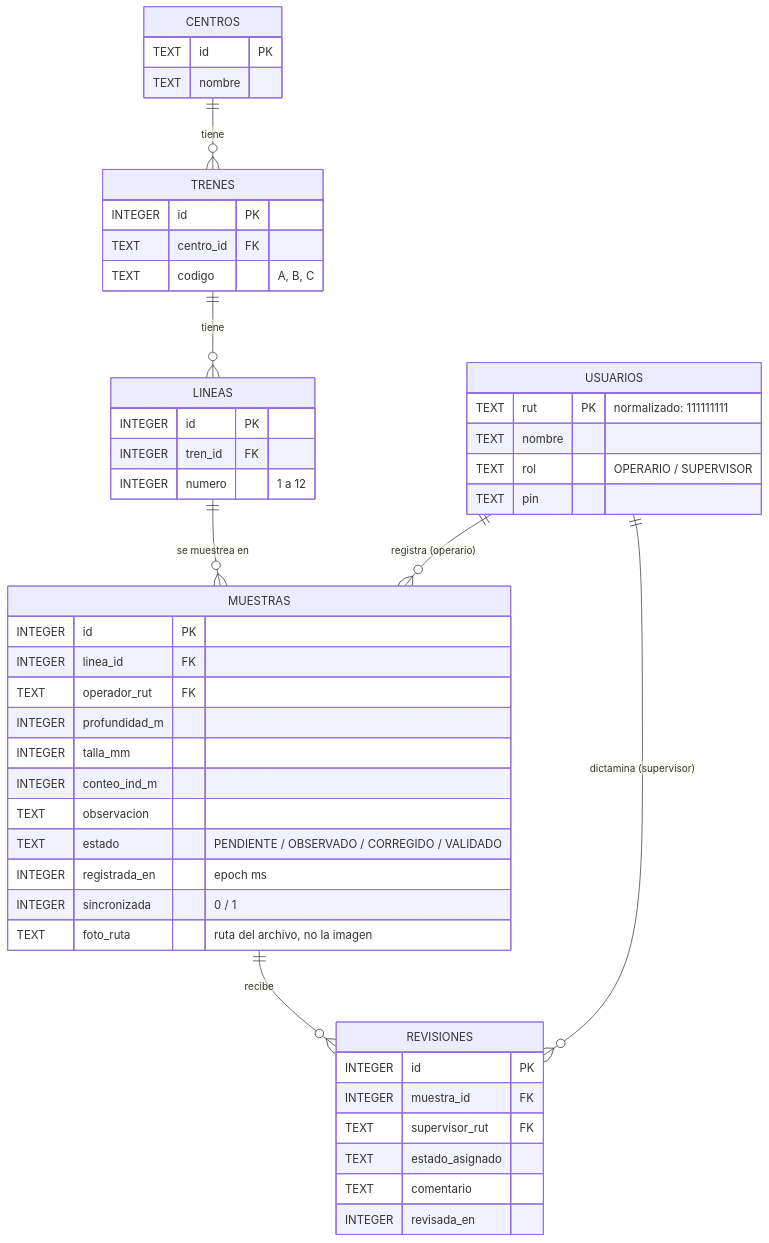
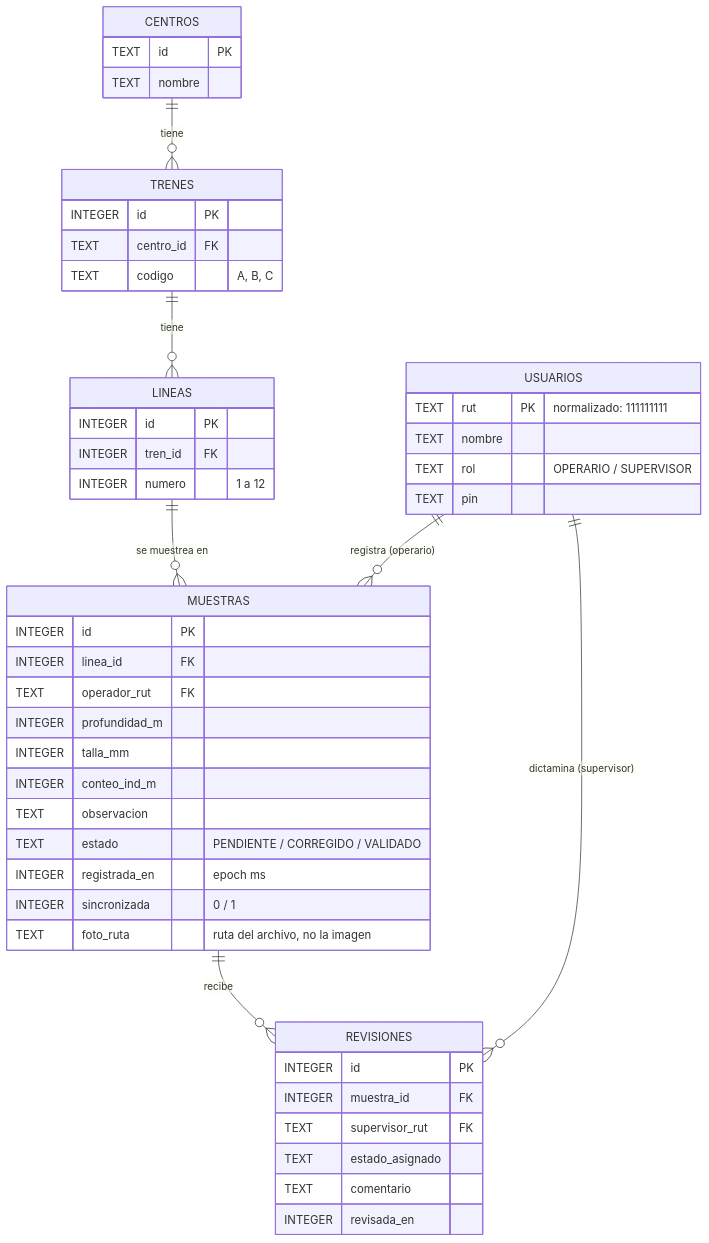
Before and after one commit to jesuscardenas-jacv1/Proyecto-ALDEMAR: the diagram in docs/base-de-datos.md, drawn with Mermaid. The commit also changed other lines of this file and 2 other files, not shown here.

Commit message:
docs: flujo de revisión sin Observado (README, UML y base de datos)
El supervisor valida o corrige; se documenta la migración v2.

````diff
--- a/docs/base-de-datos.md
+++ b/docs/base-de-datos.md
@@ -9,51 +9,51 @@
 ```mermaid
 erDiagram
     CENTROS ||--o{ TRENES : tiene
     TRENES ||--o{ LINEAS : tiene
     LINEAS ||--o{ MUESTRAS : "se muestrea en"
     USUARIOS ||--o{ MUESTRAS : "registra (operario)"
     MUESTRAS ||--o{ REVISIONES : "recibe"
     USUARIOS ||--o{ REVISIONES : "dictamina (supervisor)"
 
     CENTROS {
         TEXT id PK
         TEXT nombre
     }
     TRENES {
         INTEGER id PK
         TEXT centro_id FK
         TEXT codigo "A, B, C"
     }
     LINEAS {
         INTEGER id PK
         INTEGER tren_id FK
         INTEGER numero "1 a 12"
     }
     USUARIOS {
         TEXT rut PK "normalizado: 111111111"
         TEXT nombre
         TEXT rol "OPERARIO / SUPERVISOR"
         TEXT pin
     }
     MUESTRAS {
         INTEGER id PK
         INTEGER linea_id FK
         TEXT operador_rut FK
         INTEGER profundidad_m
         INTEGER talla_mm
         INTEGER conteo_ind_m
         TEXT observacion
-        TEXT estado "PENDIENTE / OBSERVADO / CORREGIDO / VALIDADO"
+        TEXT estado "PENDIENTE / CORREGIDO / VALIDADO"
         INTEGER registrada_en "epoch ms"
         INTEGER sincronizada "0 / 1"
         TEXT foto_ruta "ruta del archivo, no la imagen"
     }
     REVISIONES {
         INTEGER id PK
         INTEGER muestra_id FK
         TEXT supervisor_rut FK
         TEXT estado_asignado
         TEXT comentario
         INTEGER revisada_en
     }
 ```
````
